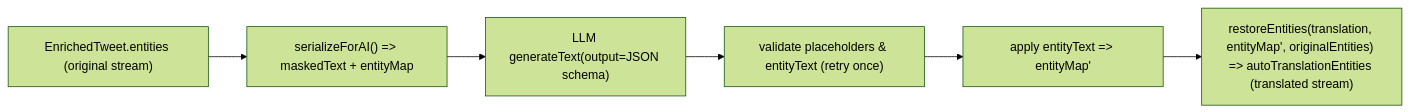
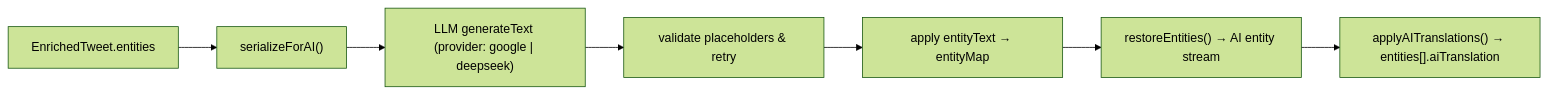
The diagram in docs/feature_translation.md (Chilfish/anonTweet), drawn with Mermaid (forest theme) before and after one commit. The commit also changed other lines of this file and 2 other files, not shown here.

````diff
--- a/docs/feature_translation.md
+++ b/docs/feature_translation.md
@@ -120,8 +162,9 @@
 ```mermaid
 flowchart LR
-  A["EnrichedTweet.entities (original stream)"] --> B["serializeForAI() => maskedText + entityMap"]
-  B --> C["LLM generateText(output=JSON schema)"]
-  C --> D["validate placeholders & entityText (retry once)"]
-  D --> E["apply entityText => entityMap'"]
-  E --> F["restoreEntities(translation, entityMap', originalEntities) => autoTranslationEntities (translated stream)"]
+  A["EnrichedTweet.entities"] --> B["serializeForAI()"]
+  B --> C["LLM generateText (provider: google | deepseek)"]
+  C --> D["validate placeholders & retry"]
+  D --> E["apply entityText → entityMap"]
+  E --> F["restoreEntities() → AI entity stream"]
+  F --> G["applyAITranslations() → entities[].aiTranslation"]
 ```
````
